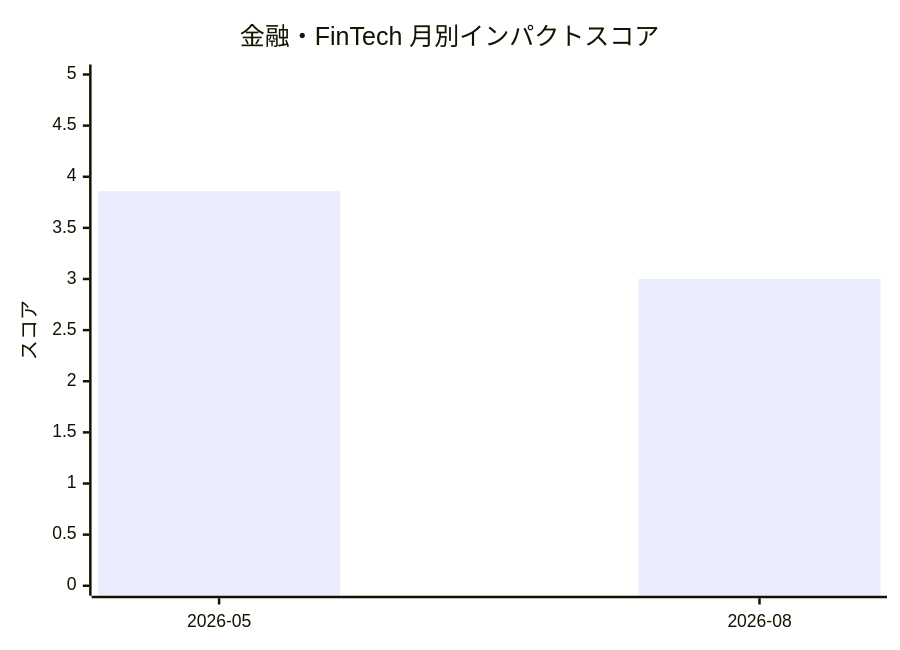
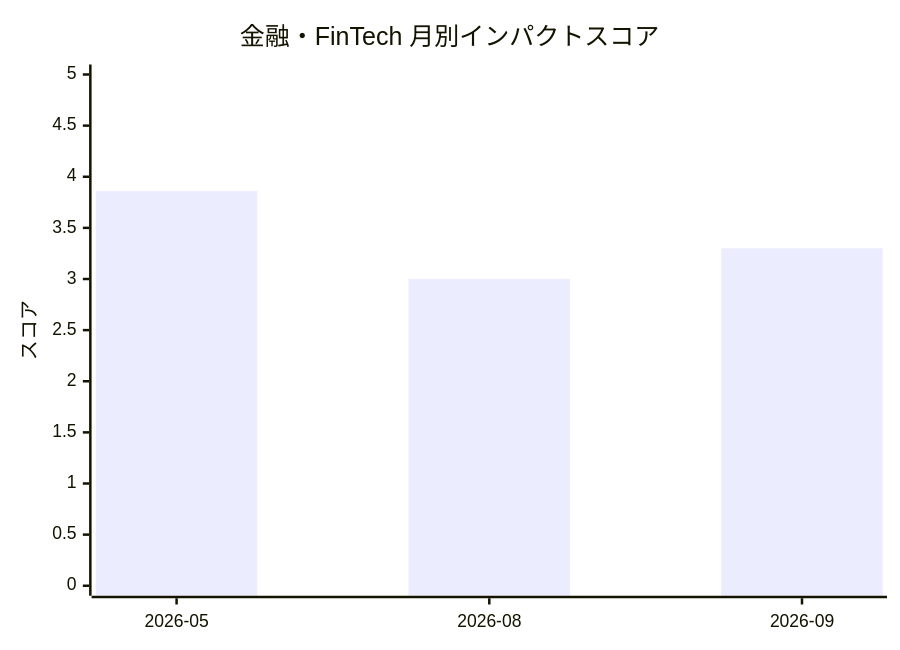
One commit to devaise-support/ai-research changed the diagram in knowledge/industry-impact/finance.md. Above: the diagram before and after it, drawn with Mermaid. The commit also changed other lines of this file and 14 other files, not shown here.

````diff
--- a/knowledge/industry-impact/finance.md
+++ b/knowledge/industry-impact/finance.md
@@ -7,7 +7,7 @@
 ```mermaid
 xychart-beta
   title "金融・FinTech 月別インパクトスコア"
-  x-axis [2026-05, 2026-08]
+  x-axis [2026-05, 2026-08, 2026-09]
   y-axis "スコア" 0 --> 5
-  bar [3.86, 3.0]
+  bar [3.86, 3.0, 3.3]
 ```
````
